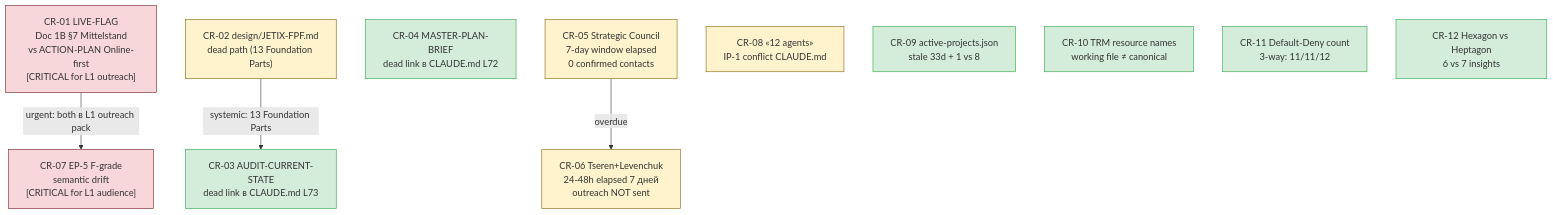
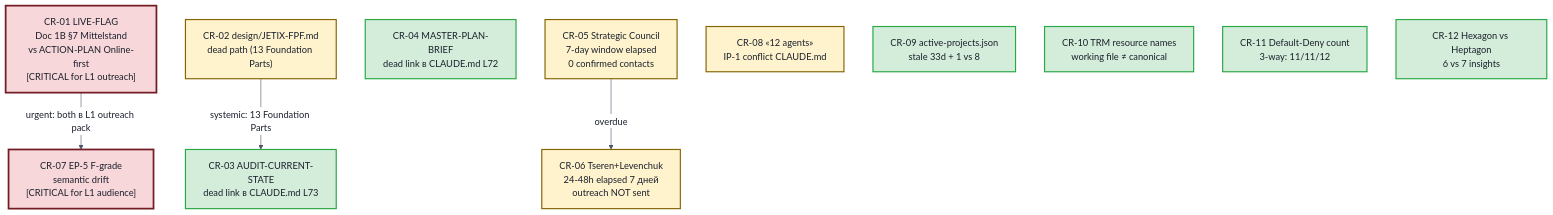
The third of 3 diagrams in reports/phase-0-fpf-scope/diagrams/04-kasha-heatmap.md (Bogersebekov/jetix-os), drawn with Mermaid before and after one commit. The commit also changed other lines of this file and 4 other files, not shown here.

Commit message:
[phase-0][diagrams] fix contrast — explicit color:#1a202c в classDef + themeVariables init для всех 5 диаграмм (dark theme readability)

````diff
--- a/reports/phase-0-fpf-scope/diagrams/04-kasha-heatmap.md
+++ b/reports/phase-0-fpf-scope/diagrams/04-kasha-heatmap.md
@@ -46,27 +48,28 @@
 ```mermaid
+%%{init: {'theme':'base','themeVariables':{'fontFamily':'Inter, system-ui, sans-serif','primaryTextColor':'#1a202c','primaryBorderColor':'#2d3748','lineColor':'#4a5568','clusterBkg':'#f7fafc','clusterBorder':'#4a5568','titleColor':'#1a202c','edgeLabelBackground':'#ffffff'}}}%%
 flowchart TD
     CR01["CR-01 LIVE-FLAG\nDoc 1B §7 Mittelstand\nvs ACTION-PLAN Online-first\n[CRITICAL for L1 outreach]"]
     CR07["CR-07 EP-5 F-grade\nsemantic drift\n[CRITICAL for L1 audience]"]
     CR02["CR-02 design/JETIX-FPF.md\ndead path (13 Foundation Parts)"]
     CR03["CR-03 AUDIT-CURRENT-STATE\ndead link в CLAUDE.md L73"]
     CR04["CR-04 MASTER-PLAN-BRIEF\ndead link в CLAUDE.md L72"]
     CR05["CR-05 Strategic Council\n7-day window elapsed\n0 confirmed contacts"]
     CR06["CR-06 Tseren+Levenchuk\n24-48h elapsed 7 дней\noutreach NOT sent"]
     CR08["CR-08 «12 agents»\nIP-1 conflict CLAUDE.md"]
     CR09["CR-09 active-projects.json\nstale 33d + 1 vs 8"]
     CR10["CR-10 TRM resource names\nworking file ≠ canonical"]
     CR11["CR-11 Default-Deny count\n3-way: 11/11/12"]
     CR12["CR-12 Hexagon vs Heptagon\n6 vs 7 insights"]
 
     CR01 --> |"urgent: both в L1 outreach pack"| CR07
     CR02 --> |"systemic: 13 Foundation Parts"| CR03
     CR05 --> |"overdue"| CR06
 
-    classDef critical fill:#f8d7da,stroke:#721c24
-    classDef high fill:#fff3cd,stroke:#856404
-    classDef medium fill:#d4edda,stroke:#28a745
+    classDef critical fill:#f8d7da,stroke:#721c24,color:#1a202c,stroke-width:3px
+    classDef high fill:#fff3cd,stroke:#856404,color:#1a202c,stroke-width:2px
+    classDef medium fill:#d4edda,stroke:#28a745,color:#1a202c,stroke-width:2px
 
     class CR01,CR07 critical
     class CR02,CR05,CR06,CR08 high
     class CR03,CR04,CR09,CR10,CR11,CR12 medium
 ```
````
